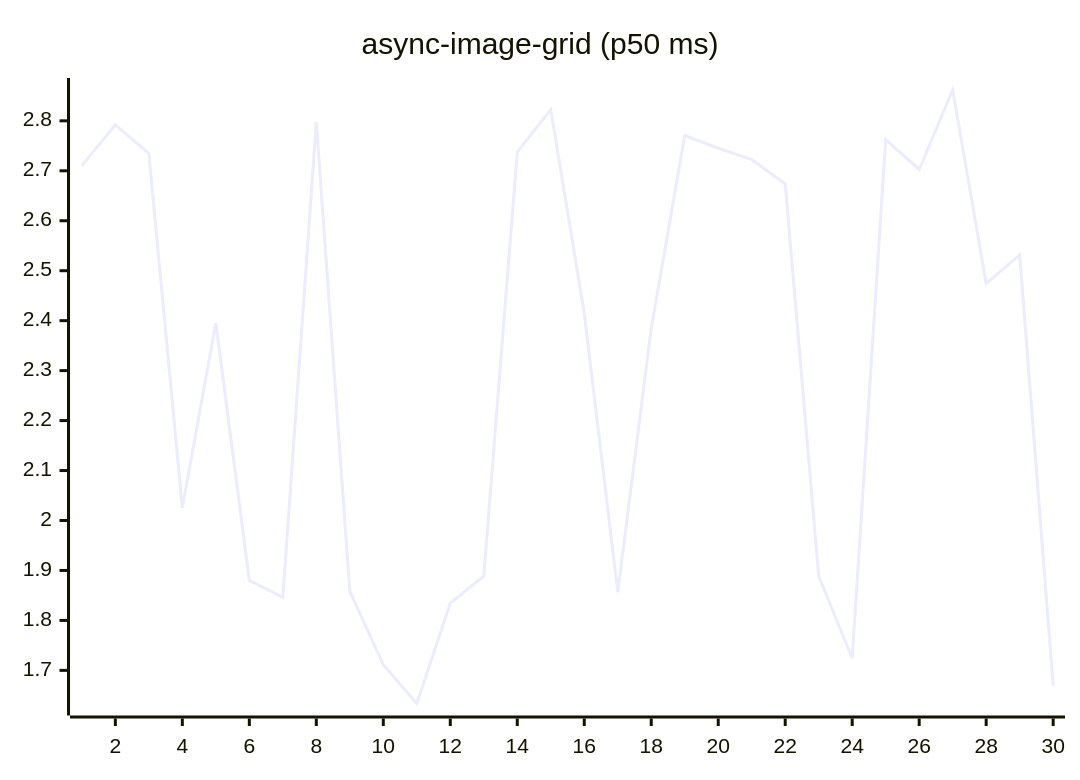
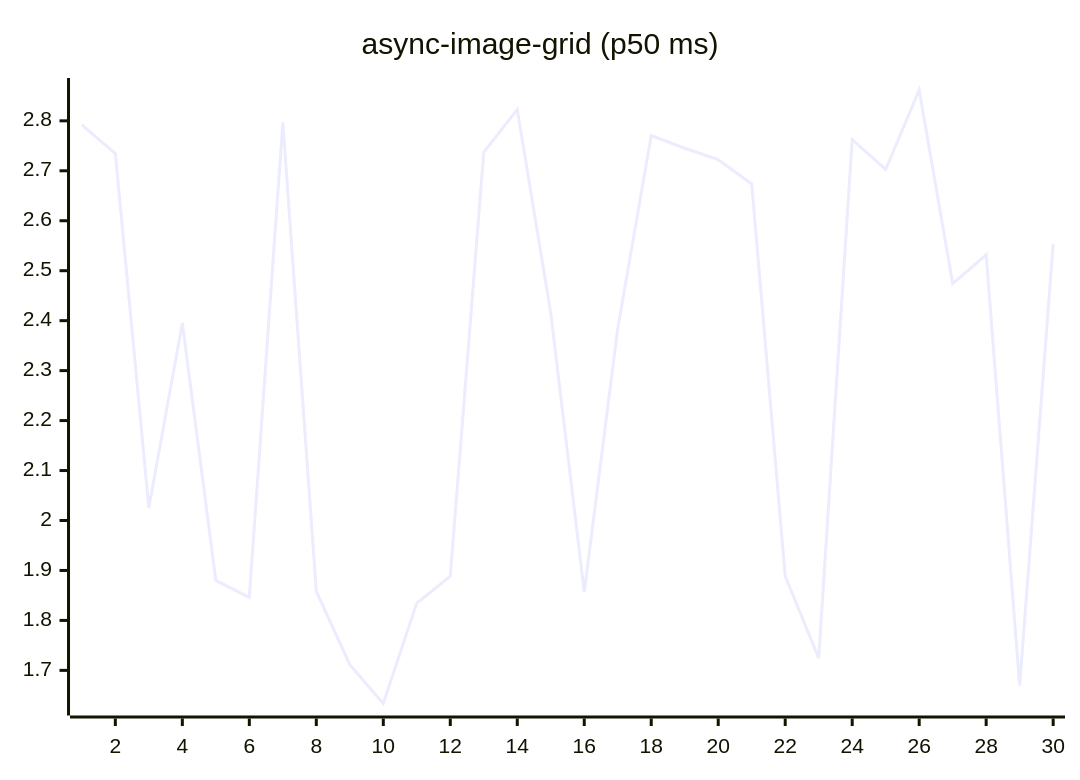
One commit to josha/Facet changed the fifth of 27 diagrams in README.md. Above: the diagram before and after it, drawn with Mermaid. The commit also changed other lines of this file and 2 other files, not shown here.

````diff
--- a/README.md
+++ b/README.md
@@ -91,6 +91,6 @@
 ```mermaid
 xychart-beta
     title "async-image-grid (p50 ms)"
     x-axis 1 --> 30
-    line [2.7103, 2.7919, 2.7346, 2.0254, 2.3955, 1.8801, 1.8461, 2.7970, 1.8583, 1.7113, 1.6337, 1.8346, 1.8885, 2.7375, 2.8223, 2.4153, 1.8565, 2.3845, 2.7705, 2.7451, 2.7222, 2.6737, 1.8884, 1.7244, 2.7624, 2.7026, 2.8617, 2.4742, 2.5316, 1.6696]
+    line [2.7919, 2.7346, 2.0254, 2.3955, 1.8801, 1.8461, 2.7970, 1.8583, 1.7113, 1.6337, 1.8346, 1.8885, 2.7375, 2.8223, 2.4153, 1.8565, 2.3845, 2.7705, 2.7451, 2.7222, 2.6737, 1.8884, 1.7244, 2.7624, 2.7026, 2.8617, 2.4742, 2.5316, 1.6696, 2.5539]
 ```
````
